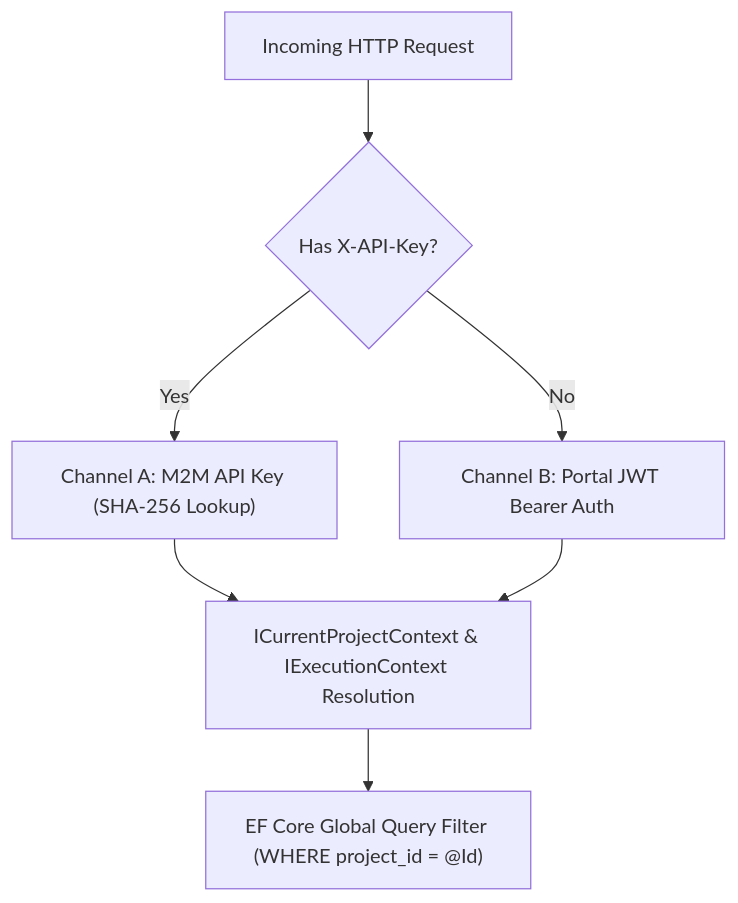
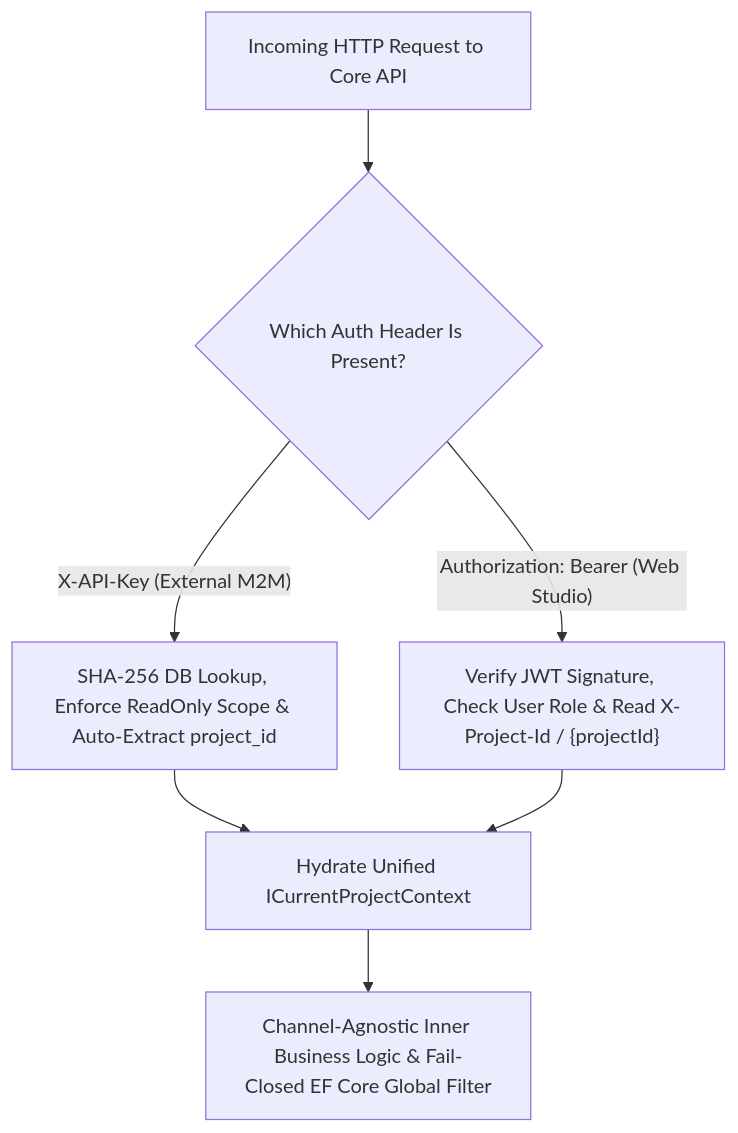
The diagram in docs/AI/03_specialized_mechanics/multi_tenant_security_pipeline.md (suang05/doc_template), drawn with Mermaid before and after one commit. The commit also changed other lines of this file and 10 other files, not shown here.

Commit message:
docs: add comprehensive AI architecture, coding conventions, and anti-pattern guidelines

````diff
--- a/docs/AI/03_specialized_mechanics/multi_tenant_security_pipeline.md
+++ b/docs/AI/03_specialized_mechanics/multi_tenant_security_pipeline.md
@@ -78,9 +84,9 @@
 ```mermaid
 graph TD
-    Request["Incoming HTTP Request"] --> AuthCheck{"Has X-API-Key?"}
-    AuthCheck -->|Yes| ChannelA["Channel A: M2M API Key (SHA-256 Lookup)"]
-    AuthCheck -->|No| ChannelB["Channel B: Portal JWT Bearer Auth"]
-    ChannelA --> Context["ICurrentProjectContext & IExecutionContext Resolution"]
+    Request["Incoming HTTP Request to Core API"] --> AuthCheck{"Which Auth Header Is Present?"}
+    AuthCheck -->|"X-API-Key (External M2M)"| ChannelA["SHA-256 DB Lookup, Enforce ReadOnly Scope & Auto-Extract project_id"]
+    AuthCheck -->|"Authorization: Bearer (Web Studio)"| ChannelB["Verify JWT Signature, Check User Role & Read X-Project-Id / {projectId}"]
+    ChannelA --> Context["Hydrate Unified ICurrentProjectContext"]
     ChannelB --> Context
-    Context --> EfFilter["EF Core Global Query Filter (WHERE project_id = @Id)"]
+    Context --> Inner["Channel-Agnostic Inner Business Logic & Fail-Closed EF Core Global Filter"]
 ```
````
